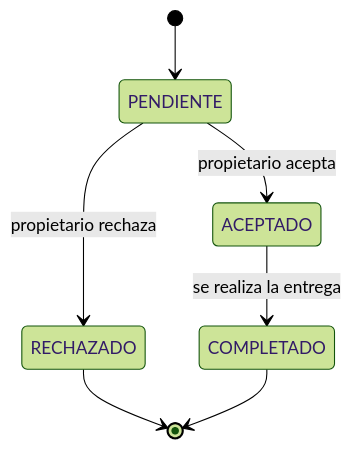
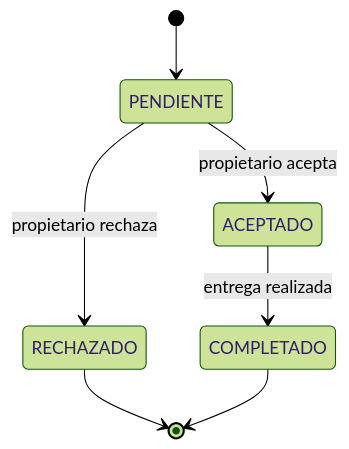
The second of 2 diagrams in servidor-vinces-tumbaco-main/docs/hito1_ficha_del_negocio.md (uleam-web-2026-2/servidor-vinces-tumbaco), drawn with Mermaid (forest theme) before and after one commit. The commit also changed other lines of this file and 1 other file, not shown here.

````diff
--- a/servidor-vinces-tumbaco-main/docs/hito1_ficha_del_negocio.md
+++ b/servidor-vinces-tumbaco-main/docs/hito1_ficha_del_negocio.md
@@ -131,9 +187,11 @@
 ```mermaid
 stateDiagram-v2
     [*] --> PENDIENTE
+
     PENDIENTE --> ACEPTADO : propietario acepta
     PENDIENTE --> RECHAZADO : propietario rechaza
-    ACEPTADO --> COMPLETADO : se realiza la entrega
+    ACEPTADO --> COMPLETADO : entrega realizada
+
     RECHAZADO --> [*]
     COMPLETADO --> [*]
 ```
````
